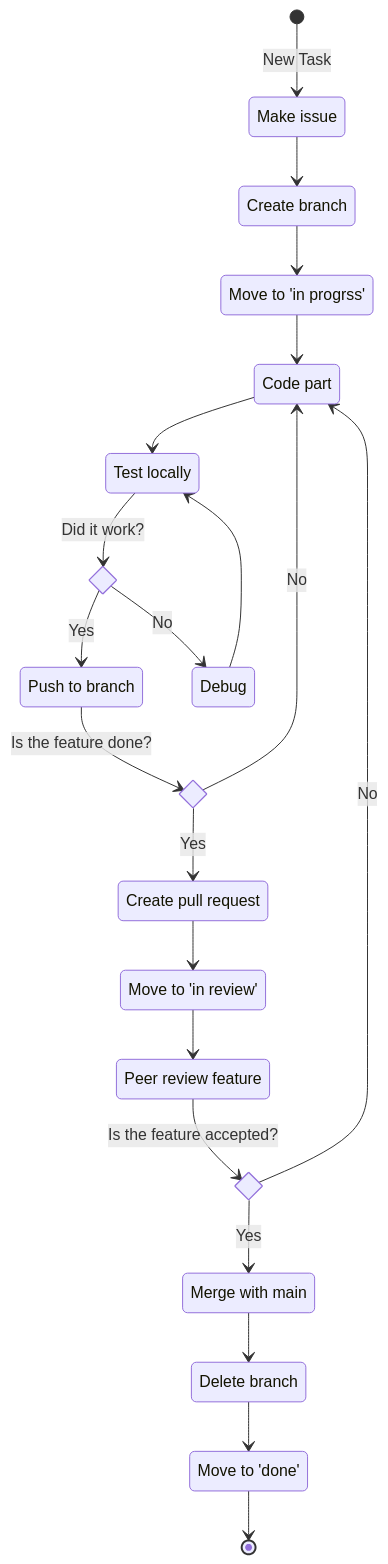
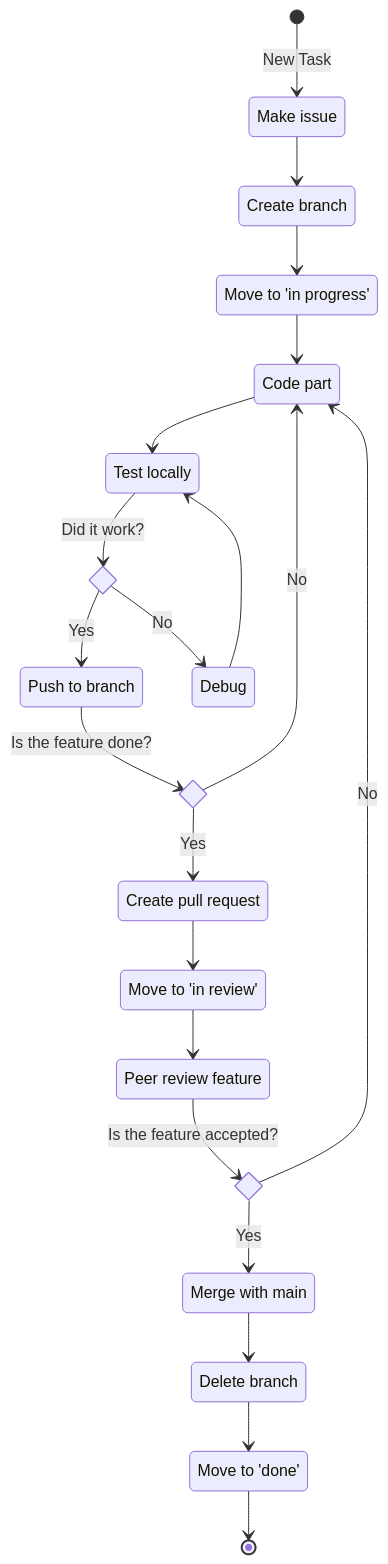
Before and after one commit to ITU-BDSA23-GROUP7/Chirp: diagram 11 of 11 in docs/report.md, drawn with Mermaid. The commit also changed other lines of this file, not shown here.

````diff
--- a/docs/report.md
+++ b/docs/report.md
@@ -341,40 +341,40 @@
 ```mermaid
 stateDiagram-v2
     state "Make issue" as issue
     state "Create branch" as createbranch
-    state "Move to 'in progrss'" as inProgress
+    state "Move to 'in progress'" as inProgress
     state "Code part" as code
     state "Test locally" as test
     state plswork <<choice>>
     state "Debug" as debug
     state isdone <<choice>>
     state "Push to branch" as push
     state "Create pull request" as request
     state "Move to 'in review'" as review
     state "Peer review feature" as peer
     state isgood <<choice>>
     state "Merge with main" as merge
     state "Delete branch" as delete
     state "Move to 'done'" as wedonehere
 
     [*] --> issue : New Task
     issue --> createbranch
     createbranch --> inProgress
     inProgress --> code
     code --> test
     test --> plswork : Did it work?
     plswork --> push : Yes
     plswork --> debug : No
     debug --> test
     push --> isdone : Is the feature done?
     isdone --> code : No
     isdone --> request : Yes
     request --> review
     review --> peer
     peer --> isgood : Is the feature accepted?
     isgood --> code : No
     isgood --> merge : Yes
     merge --> delete
     delete --> wedonehere
     wedonehere --> [*]
 ```
````
